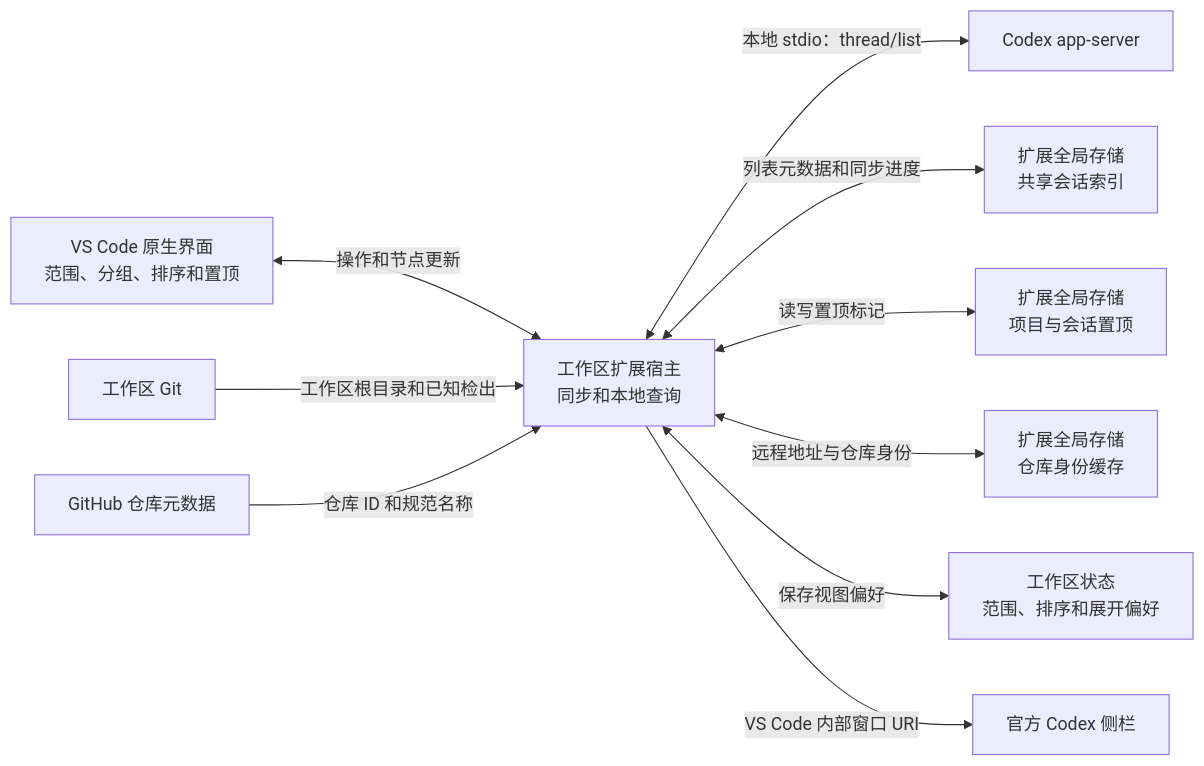
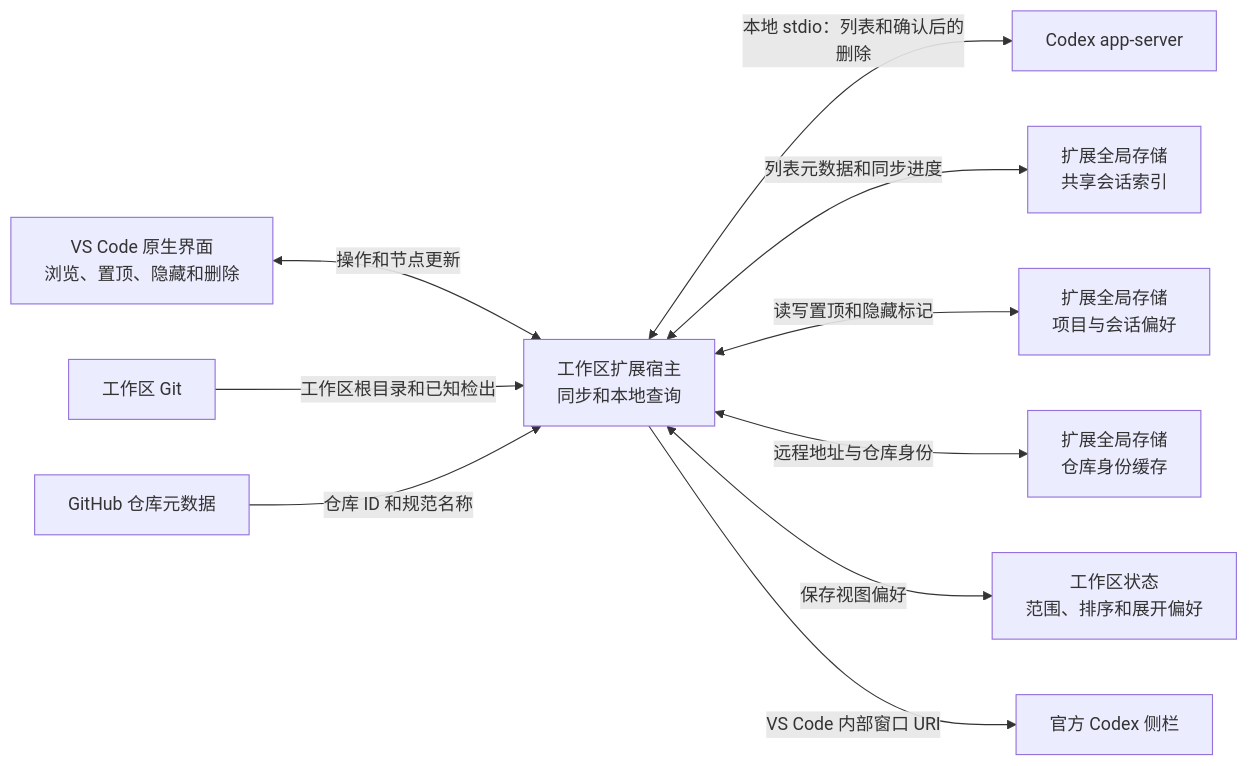
The diagram in ARCH.md (jaypume/vscode-codex-chats-list), drawn with Mermaid before and after one commit. The commit also changed 24 other files, not shown here.

````diff
--- a/ARCH.md
+++ b/ARCH.md
@@ -3,22 +3,22 @@
 ```mermaid
 flowchart LR
-  UI["VS Code 原生界面<br/>范围、分组、排序和置顶"]
+  UI["VS Code 原生界面<br/>浏览、置顶、隐藏和删除"]
   Host["工作区扩展宿主<br/>同步和本地查询"]
   Git["工作区 Git"]
   GitHub["GitHub 仓库元数据"]
   Server["Codex app-server"]
   Codex["官方 Codex 侧栏"]
   Prefs["工作区状态<br/>范围、排序和展开偏好"]
   Index["扩展全局存储<br/>共享会话索引"]
-  Pins["扩展全局存储<br/>项目与会话置顶"]
+  Preferences["扩展全局存储<br/>项目与会话偏好"]
   Repositories["扩展全局存储<br/>仓库身份缓存"]
   UI <-->|"操作和节点更新"| Host
-  Host <-->|"本地 stdio：thread/list"| Server
+  Host <-->|"本地 stdio：列表和确认后的删除"| Server
   Host <-->|"列表元数据和同步进度"| Index
-  Host <-->|"读写置顶标记"| Pins
+  Host <-->|"读写置顶和隐藏标记"| Preferences
   Git -->|"工作区根目录和已知检出"| Host
   GitHub -->|"仓库 ID 和规范名称"| Host
   Host <-->|"远程地址与仓库身份"| Repositories
   Host <-->|"保存视图偏好"| Prefs
   Host -->|"VS Code 内部窗口 URI"| Codex
 ```
````
